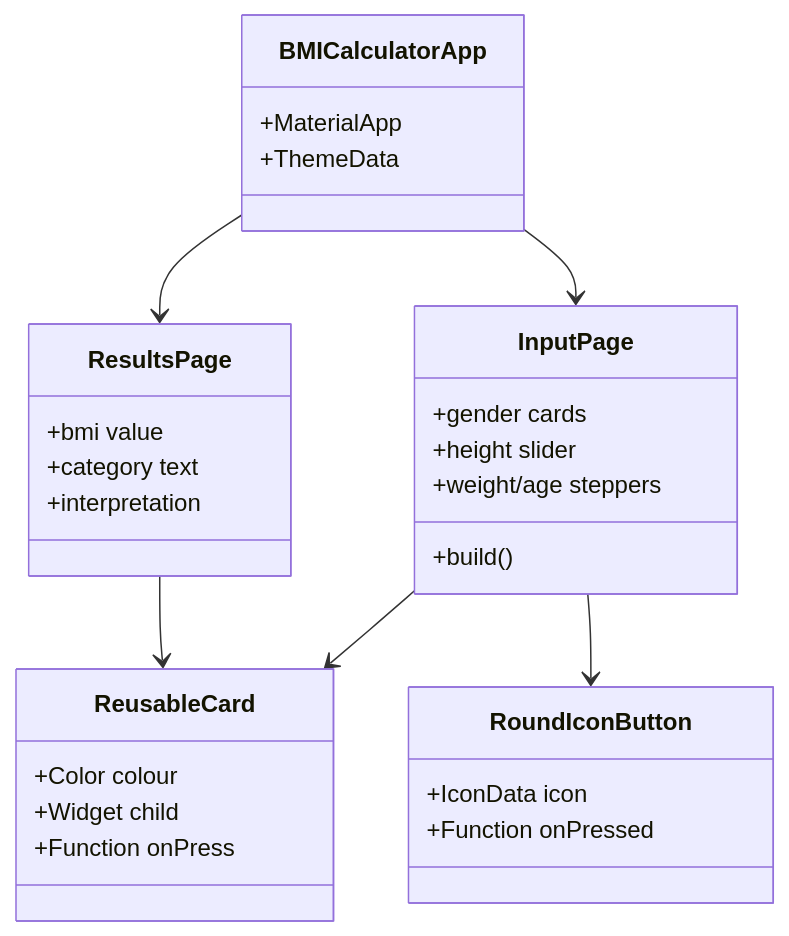
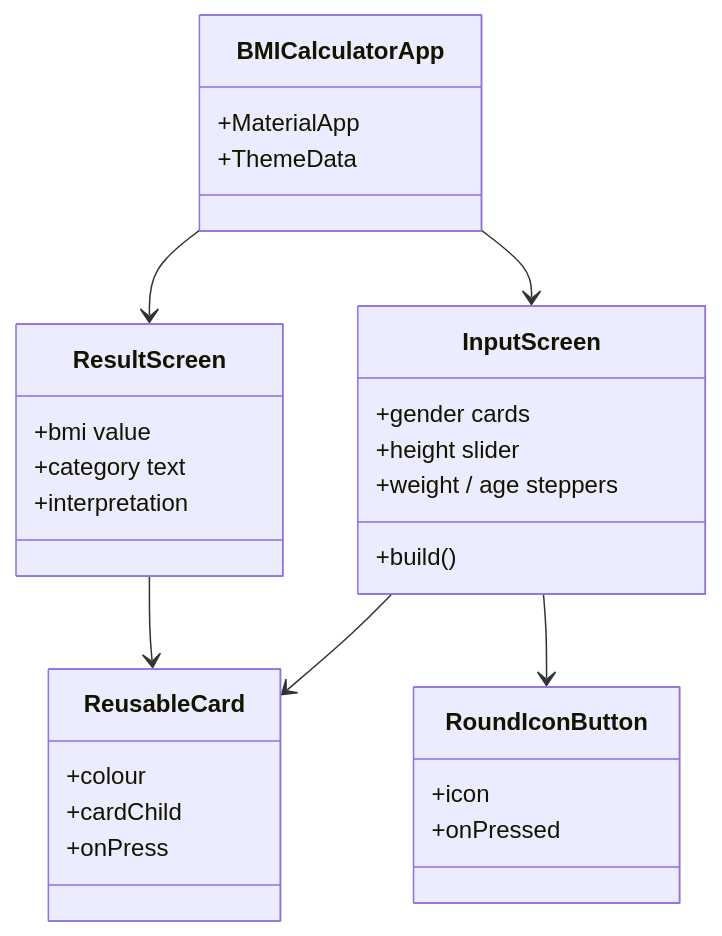
The eighth of 11 diagrams in README.md (shatilsarower/shatilsarower.github.io), drawn with Mermaid before and after one commit. The commit also changed other lines of this file, not shown here.

````diff
--- a/README.md
+++ b/README.md
@@ -355,33 +361,33 @@
 ```mermaid
 classDiagram
     class BMICalculatorApp {
         +MaterialApp
         +ThemeData
     }
-    class InputPage {
+    class InputScreen {
         +build()
         +gender cards
         +height slider
-        +weight/age steppers
+        +weight / age steppers
     }
-    class ResultsPage {
+    class ResultScreen {
         +bmi value
         +category text
         +interpretation
     }
     class ReusableCard {
-        +Color colour
-        +Widget child
-        +Function onPress
+        +colour
+        +cardChild
+        +onPress
     }
     class RoundIconButton {
-        +IconData icon
-        +Function onPressed
+        +icon
+        +onPressed
     }
 
-    BMICalculatorApp --> InputPage
-    BMICalculatorApp --> ResultsPage
-    InputPage --> ReusableCard
-    InputPage --> RoundIconButton
-    ResultsPage --> ReusableCard
+    BMICalculatorApp --> InputScreen
+    BMICalculatorApp --> ResultScreen
+    InputScreen --> ReusableCard
+    InputScreen --> RoundIconButton
+    ResultScreen --> ReusableCard
 ```
````
